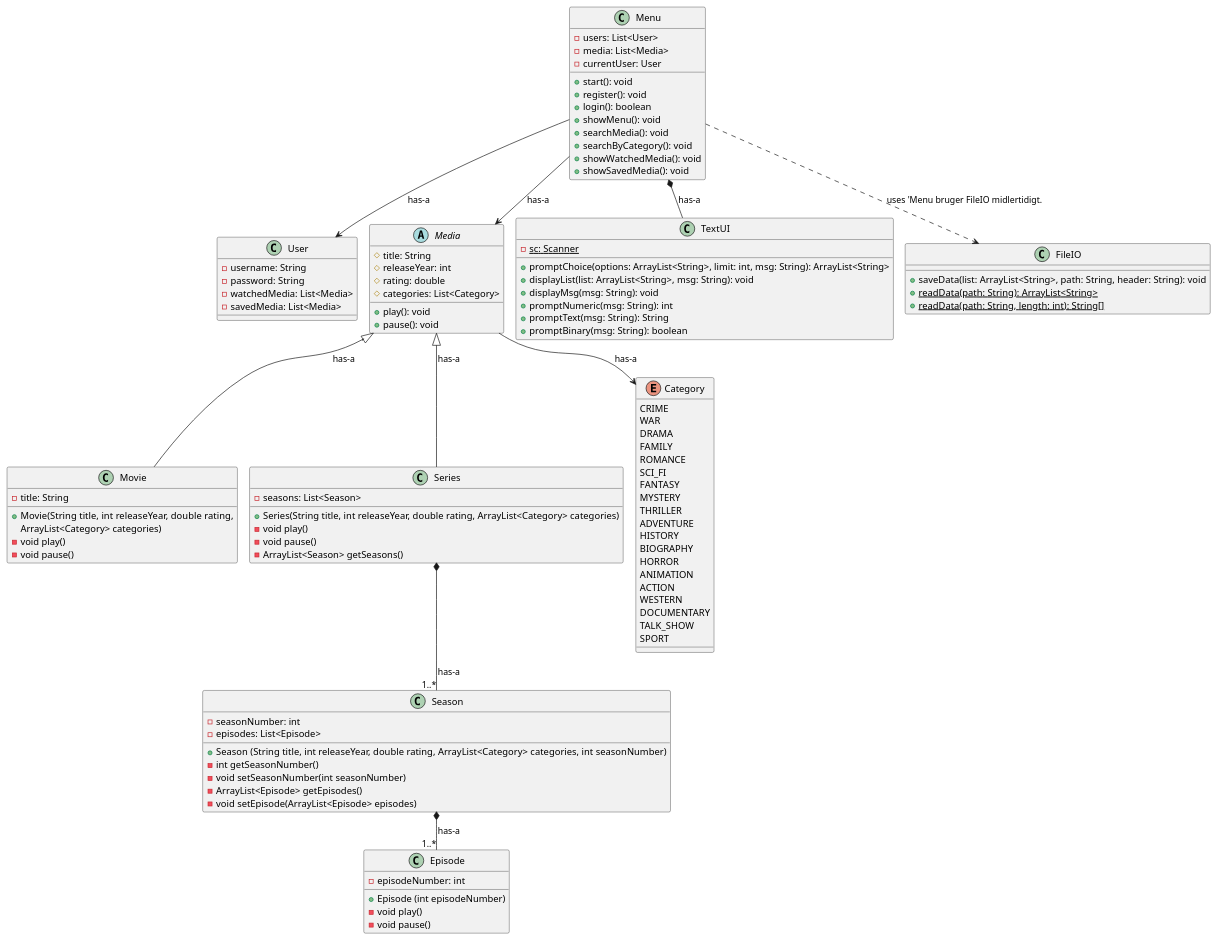
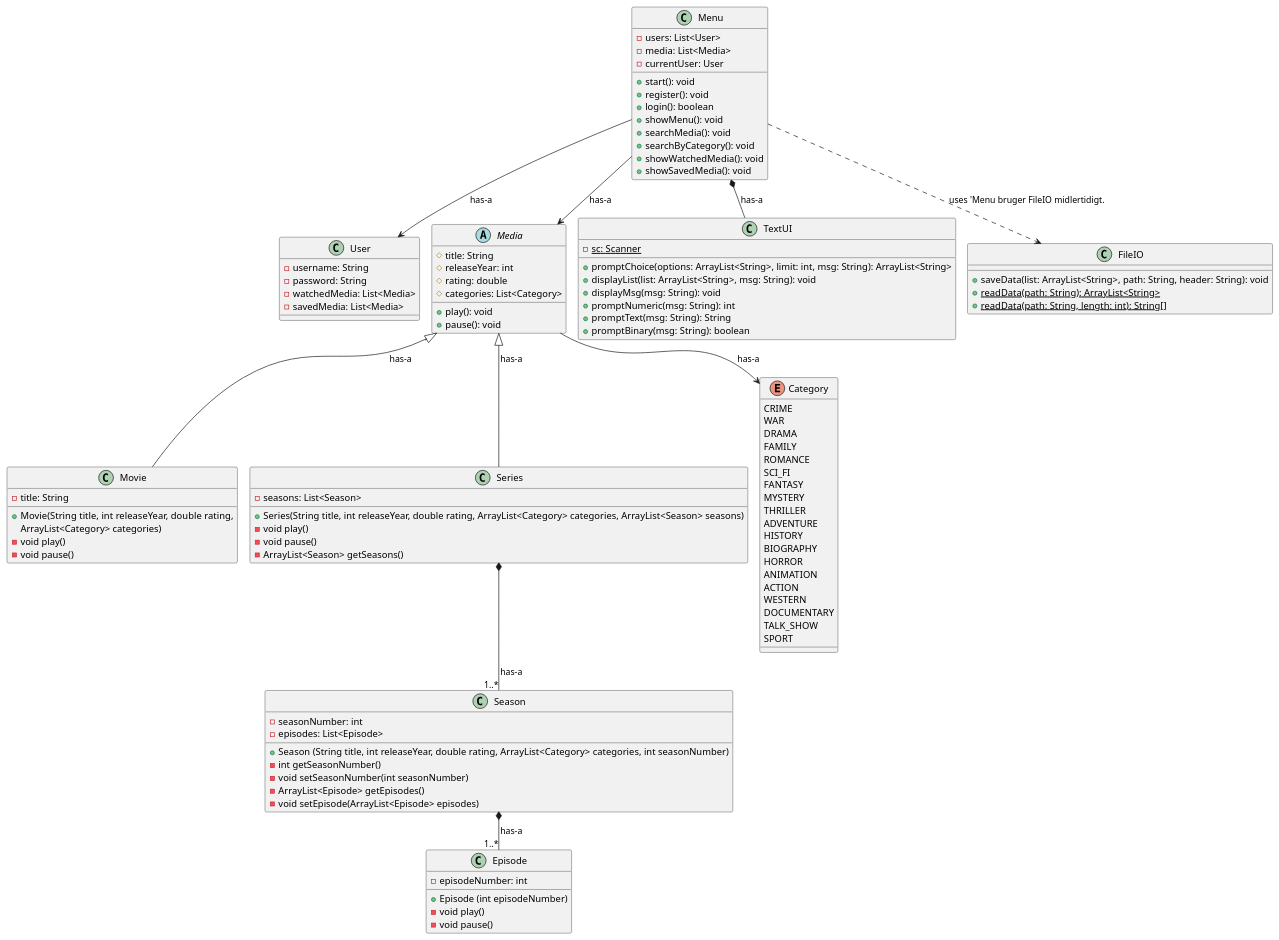
Before and after one commit to daud0095/DAT-1.-semester---SP3-en-streamingtjeneste: the diagram in doc/static/Klassediagram3.puml, drawn with PlantUML. The commit also changed 1 other file, not shown here.

Commit message:
Klassediagram3 og series correction

```diff
--- a/doc/static/Klassediagram3.puml
+++ b/doc/static/Klassediagram3.puml
@@ -1,131 +1,131 @@
 @startuml
 !pragma layout smetana
 
 class User {
   - username: String
   - password: String
   - watchedMedia: List<Media>
   - savedMedia: List<Media>
 }
 
 abstract class Media {
   # title: String
   # releaseYear: int
   # rating: double
   # categories: List<Category>
   + play(): void
   + pause(): void
 }
 
 class Movie {
   - title: String
 + Movie(String title, int releaseYear, double rating,
                            ArrayList<Category> categories)
   'Methods
   - void play()
   - void pause()
 
 }
 
 class Series {
   - seasons: List<Season>
   'Constructor
-  + Series(String title, int releaseYear, double rating, ArrayList<Category> categories)
+  + Series(String title, int releaseYear, double rating, ArrayList<Category> categories, ArrayList<Season> seasons)
   'Methods
   - void play()
   - void pause()
   - ArrayList<Season> getSeasons()
 }
 
 class Season {
   - seasonNumber: int
   - episodes: List<Episode>
  'Contructor
  + Season (String title, int releaseYear, double rating, ArrayList<Category> categories, int seasonNumber)
    'Methods
    - int getSeasonNumber()
    - void setSeasonNumber(int seasonNumber)
    - ArrayList<Episode> getEpisodes()
    - void setEpisode(ArrayList<Episode> episodes)
 
 }
 
 class Episode {
   - episodeNumber: int
 'Contructor
 + Episode (int episodeNumber)
 'Methods
   - void play()
   - void pause()
 }
 
 enum Category {
   CRIME
   WAR
   DRAMA
   FAMILY
   ROMANCE
   SCI_FI
   FANTASY
   MYSTERY
   THRILLER
   ADVENTURE
   HISTORY
   BIOGRAPHY
   HORROR
   ANIMATION
   ACTION
   WESTERN
   DOCUMENTARY
   TALK_SHOW
   SPORT
 }
 
 class Menu {
   - users: List<User>
   - media: List<Media>
   - currentUser: User
   + start(): void
   + register(): void
   + login(): boolean
   + showMenu(): void
   + searchMedia(): void
   + searchByCategory(): void
   + showWatchedMedia(): void
   + showSavedMedia(): void
 }
 
 class TextUI {
   - sc: Scanner {static}
   + promptChoice(options: ArrayList<String>, limit: int, msg: String): ArrayList<String>
   + displayList(list: ArrayList<String>, msg: String): void
   + displayMsg(msg: String): void
   + promptNumeric(msg: String): int
   + promptText(msg: String): String
   + promptBinary(msg: String): boolean
 }
 
 class FileIO {
   + saveData(list: ArrayList<String>, path: String, header: String): void
   + readData(path: String): ArrayList<String> {static}
   + readData(path: String, length: int): String[] {static}
 }
 
 ' Arv
 Media <|-- Movie : has-a
 Media <|-- Series : has-a
 
 ' Komposition
 Menu *-- TextUI : has-a
 Series *-- "1..*" Season : has-a
 Season *-- "1..*" Episode : has-a
 
 ' Association
 Menu --> User : has-a
 Menu --> Media : has-a
 Media --> Category : has-a
 
 ' Dependency
 Menu ..> FileIO : uses 'Menu bruger FileIO midlertidigt.
 
 @enduml
```
